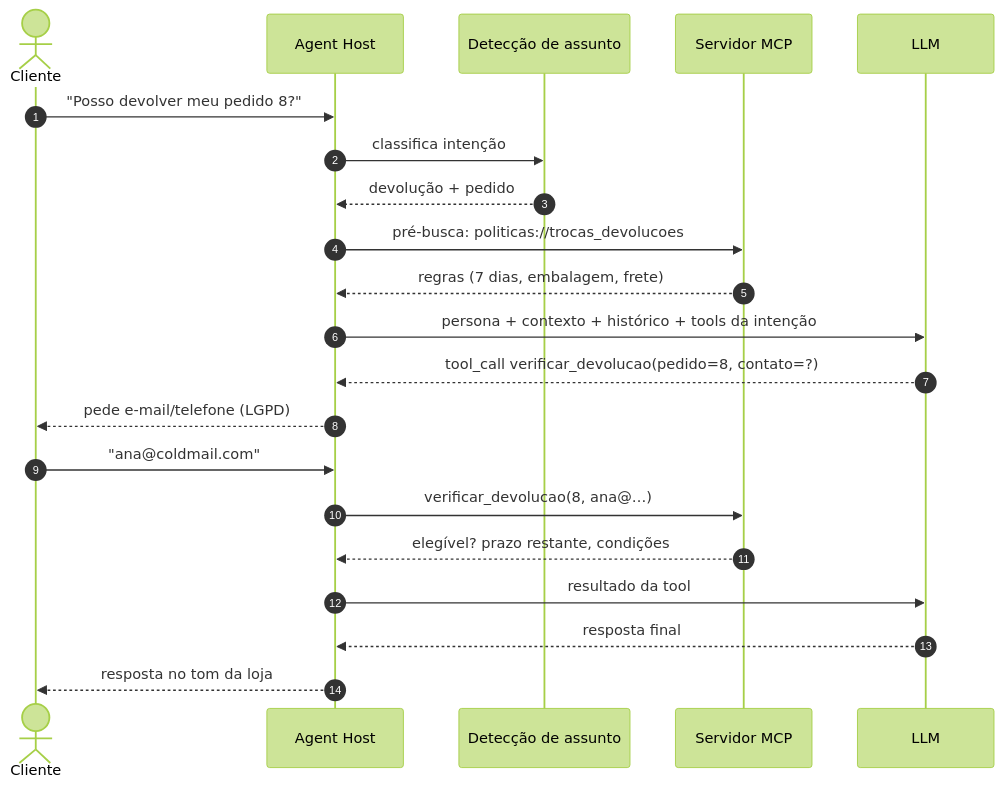
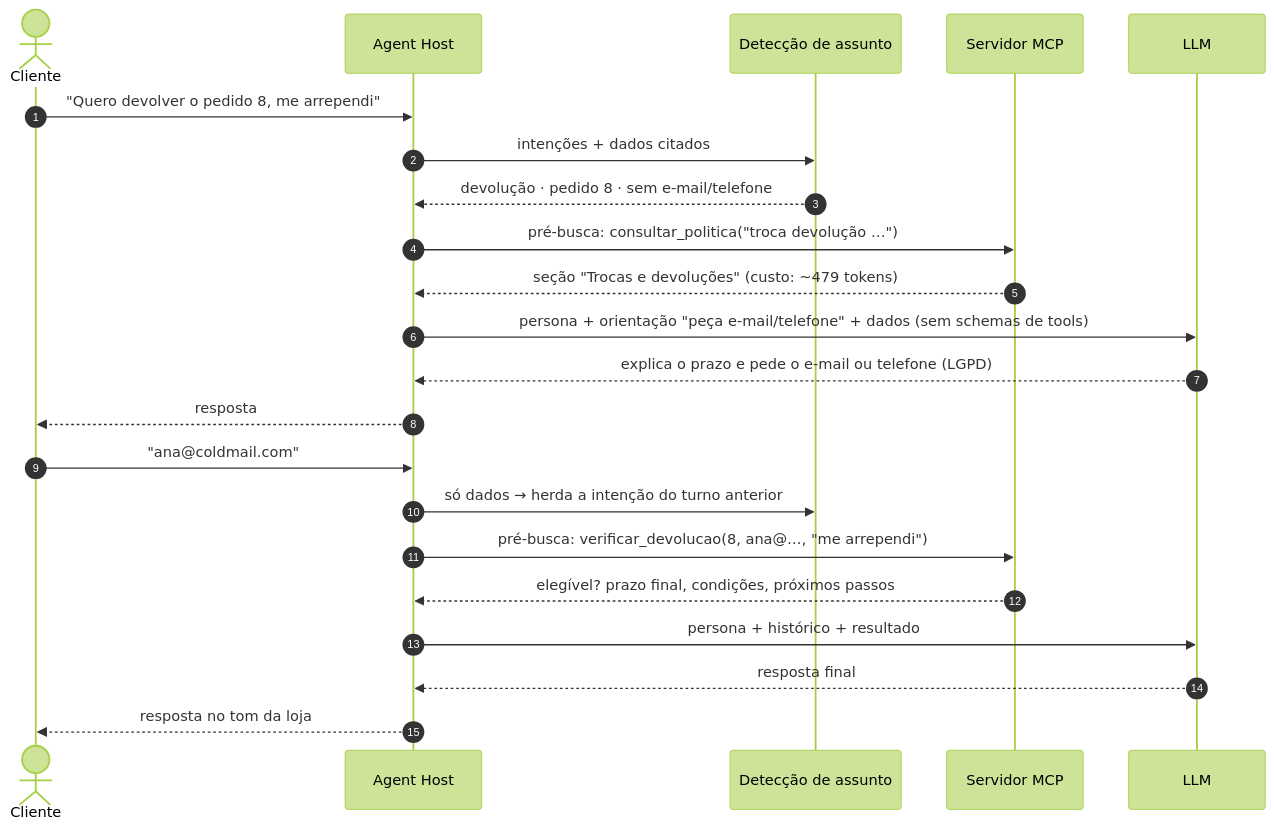
The second of 17 diagrams in README.md (RonildoSilva/ai-engineer-challenge), drawn with Mermaid (forest theme) before and after one commit. The commit also changed other lines of this file and 12 other files, not shown here.

First line of the commit message:
feat(agent): roteamento de intenção, pré-busca e orçamento de contexto

````diff
--- a/README.md
+++ b/README.md
@@ -82,24 +82,25 @@
 ```mermaid
 sequenceDiagram
     autonumber
     actor C as Cliente
     participant A as Agent Host
     participant R as Detecção de assunto
     participant M as Servidor MCP
     participant L as LLM
 
-    C->>A: "Posso devolver meu pedido 8?"
-    A->>R: classifica intenção
-    R-->>A: devolução + pedido
-    A->>M: pré-busca: politicas://trocas_devolucoes
-    M-->>A: regras (7 dias, embalagem, frete)
-    A->>L: persona + contexto + histórico + tools da intenção
-    L-->>A: tool_call verificar_devolucao(pedido=8, contato=?)
-    A-->>C: pede e-mail/telefone (LGPD)
+    C->>A: "Quero devolver o pedido 8, me arrependi"
+    A->>R: intenções + dados citados
+    R-->>A: devolução · pedido 8 · sem e-mail/telefone
+    A->>M: pré-busca: consultar_politica("troca devolução …")
+    M-->>A: seção "Trocas e devoluções" (custo: ~479 tokens)
+    A->>L: persona + orientação "peça e-mail/telefone" + dados (sem schemas de tools)
+    L-->>A: explica o prazo e pede o e-mail ou telefone (LGPD)
+    A-->>C: resposta
     C->>A: "ana@coldmail.com"
-    A->>M: verificar_devolucao(8, ana@…)
-    M-->>A: elegível? prazo restante, condições
-    A->>L: resultado da tool
+    A->>R: só dados → herda a intenção do turno anterior
+    A->>M: pré-busca: verificar_devolucao(8, ana@…, "me arrependi")
+    M-->>A: elegível? prazo final, condições, próximos passos
+    A->>L: persona + histórico + resultado
     L-->>A: resposta final
     A-->>C: resposta no tom da loja
 ```
````
